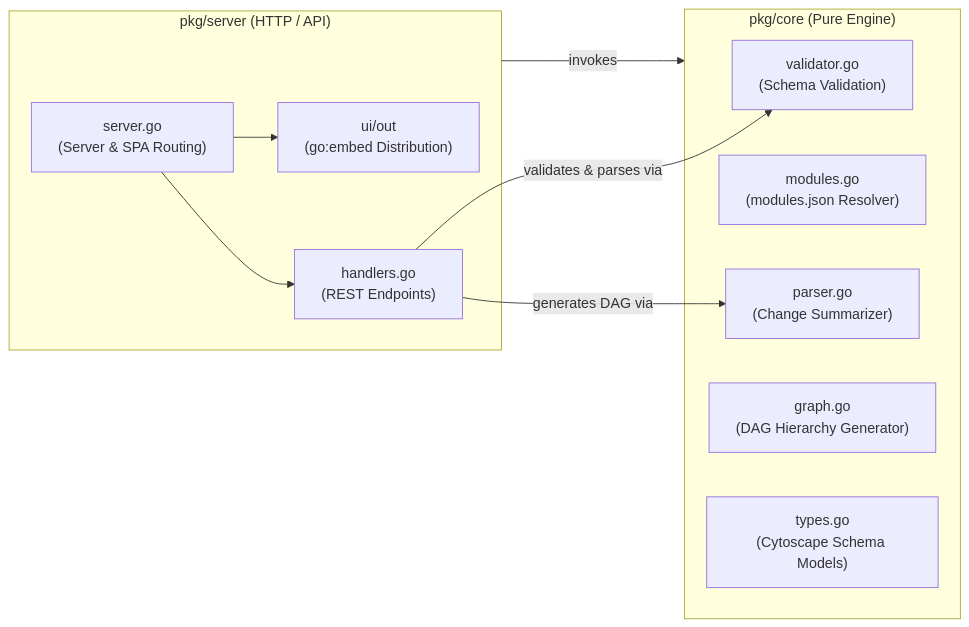
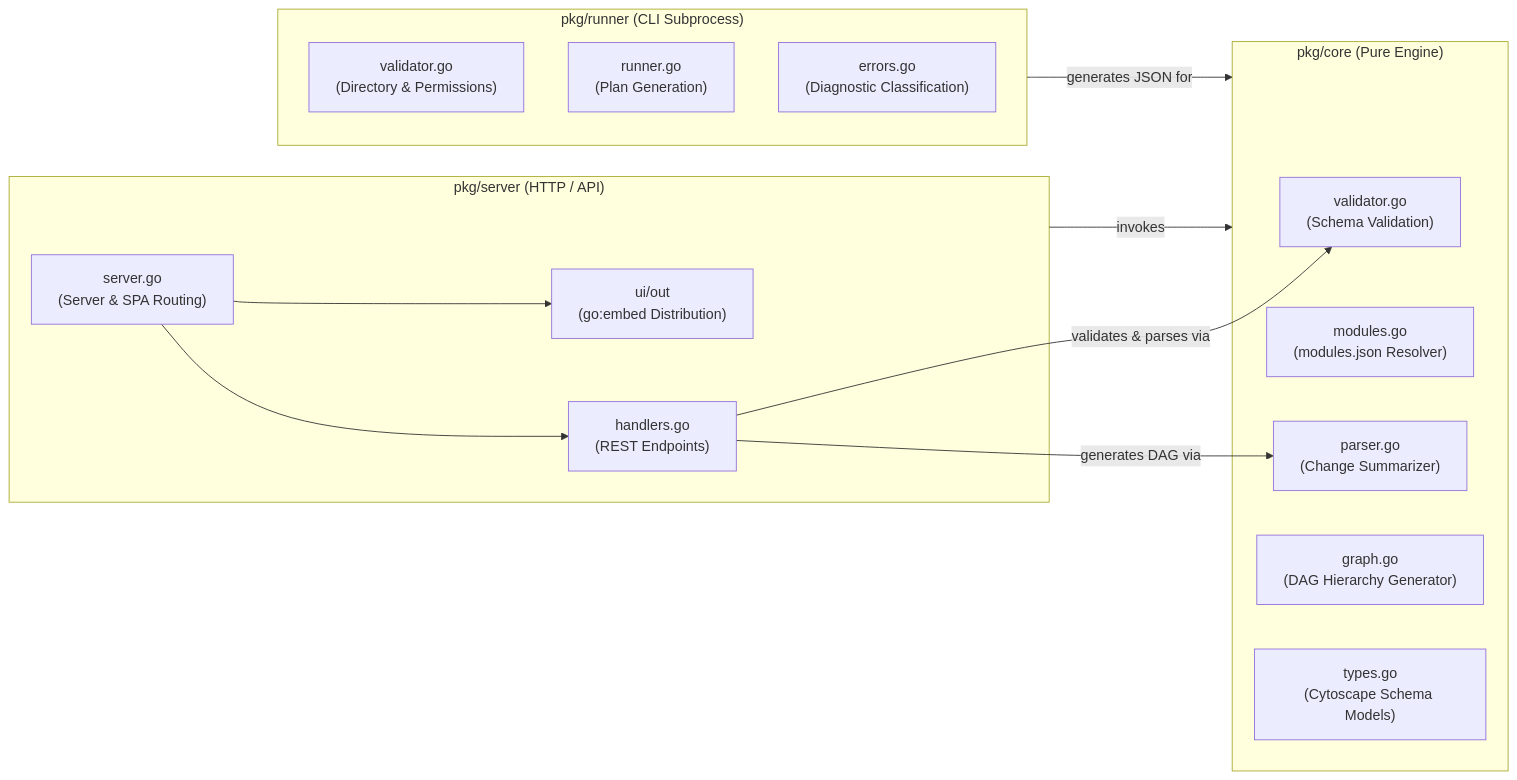
The first of 2 diagrams in pkg/README.md (AatirNadim/plan-parse), drawn with Mermaid before and after one commit. The commit also changed other lines of this file and 7 other files, not shown here.

First line of the commit message:
feat: add programmatic runner for Terraform plan generation and validation

````diff
--- a/pkg/README.md
+++ b/pkg/README.md
@@ -15,22 +16,29 @@
 ```mermaid
 flowchart LR
     subgraph CoreDomain["pkg/core (Pure Engine)"]
         Validator["validator.go<br/>(Schema Validation)"]
         Modules["modules.go<br/>(modules.json Resolver)"]
         Parser["parser.go<br/>(Change Summarizer)"]
         Graph["graph.go<br/>(DAG Hierarchy Generator)"]
         Types["types.go<br/>(Cytoscape Schema Models)"]
     end
 
+    subgraph RunnerEngine["pkg/runner (CLI Subprocess)"]
+        RunnerValidator["validator.go<br/>(Directory & Permissions)"]
+        RunnerExec["runner.go<br/>(Plan Generation)"]
+        RunnerErrors["errors.go<br/>(Diagnostic Classification)"]
+    end
+
     subgraph TransportLayer["pkg/server (HTTP / API)"]
         Server["server.go<br/>(Server & SPA Routing)"]
         Handlers["handlers.go<br/>(REST Endpoints)"]
         UIOut["ui/out<br/>(go:embed Distribution)"]
     end
 
     TransportLayer -->|invokes| CoreDomain
+    RunnerEngine -->|generates JSON for| CoreDomain
     Server --> Handlers
     Server --> UIOut
     Handlers -->|validates & parses via| Validator
     Handlers -->|generates DAG via| Parser
 ```
````
